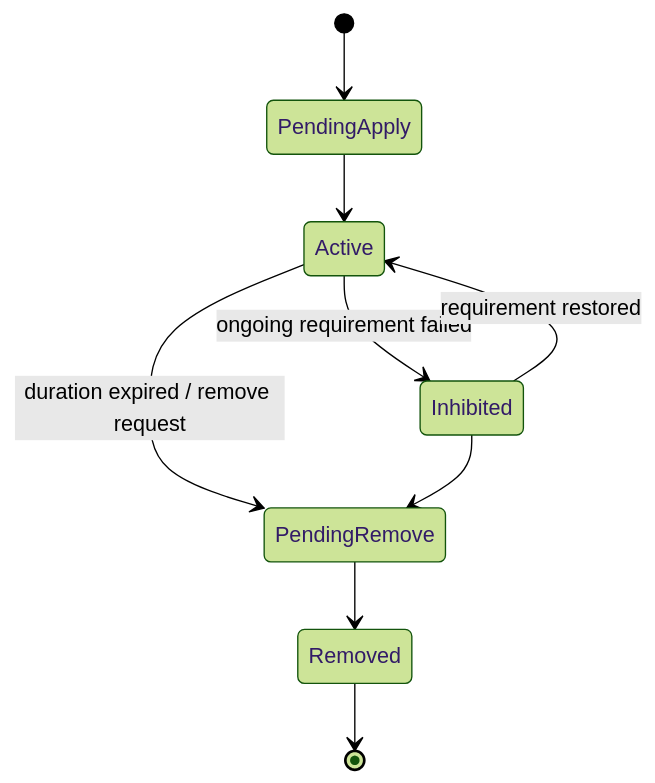
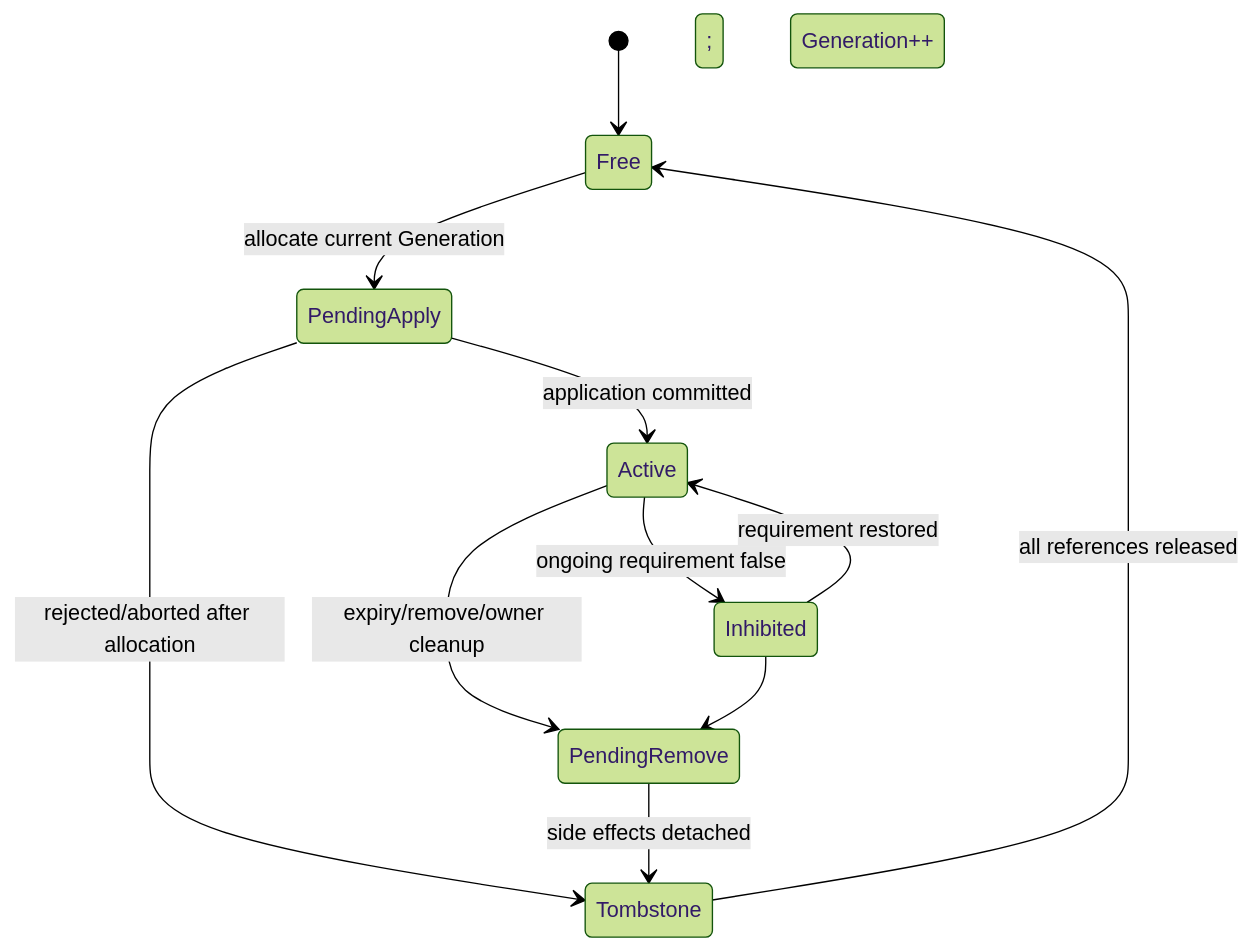
One commit to Bo-ki/gameplay-ability-system-for-unity changed the diagram in 方案讨论/针对2.0的ECS架构的迭代方案讨论/01-目标态架构共识/05-ActiveEffectStoreSpec.md. Above: the diagram before and after it, drawn with Mermaid (forest theme). The commit also changed other lines of this file and 104 other files, not shown here.

````diff
--- a/方案讨论/针对2.0的ECS架构的迭代方案讨论/01-目标态架构共识/05-ActiveEffectStoreSpec.md
+++ b/方案讨论/针对2.0的ECS架构的迭代方案讨论/01-目标态架构共识/05-ActiveEffectStoreSpec.md
@@ -9,11 +36,13 @@
 ```mermaid
 stateDiagram-v2
-    [*] --> PendingApply
-    PendingApply --> Active
-    Active --> Inhibited: ongoing requirement failed
+    [*] --> Free
+    Free --> PendingApply: allocate current Generation
+    PendingApply --> Active: application committed
+    PendingApply --> Tombstone: rejected/aborted after allocation
+    Active --> Inhibited: ongoing requirement false
     Inhibited --> Active: requirement restored
-    Active --> PendingRemove: duration expired / remove request
+    Active --> PendingRemove: expiry/remove/owner cleanup
     Inhibited --> PendingRemove
-    PendingRemove --> Removed
-    Removed --> [*]
+    PendingRemove --> Tombstone: side effects detached
+    Tombstone --> Free: all references released; Generation++
 ```
````
